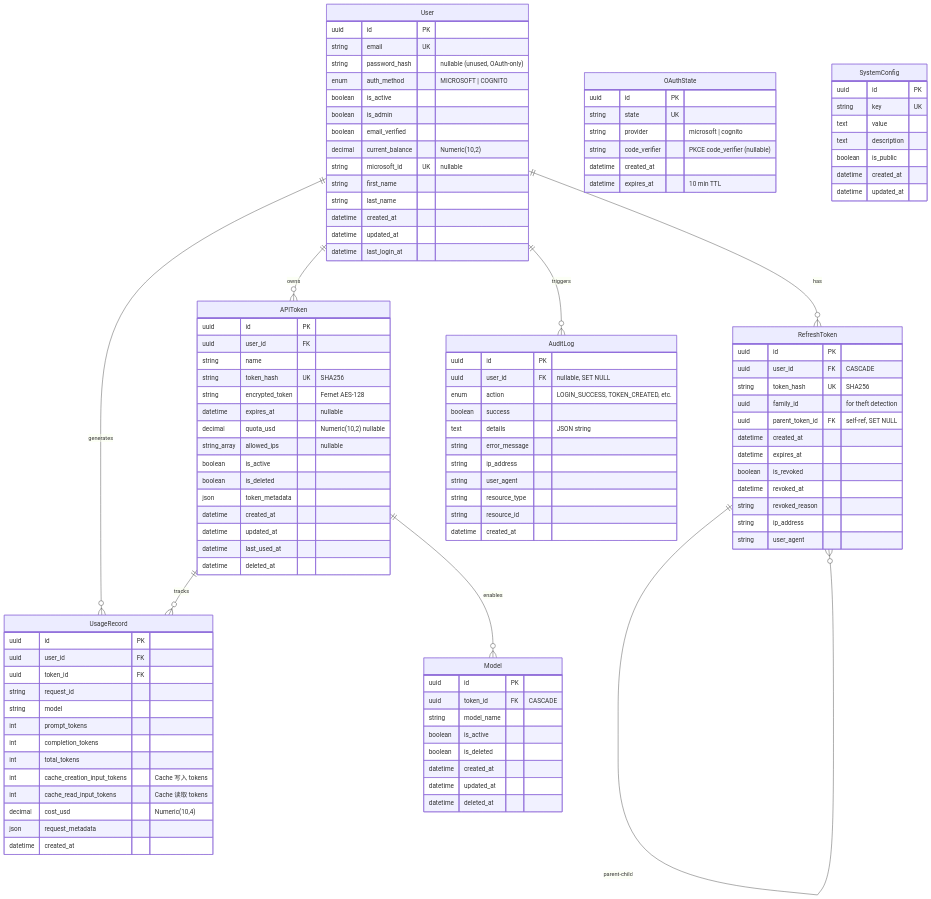
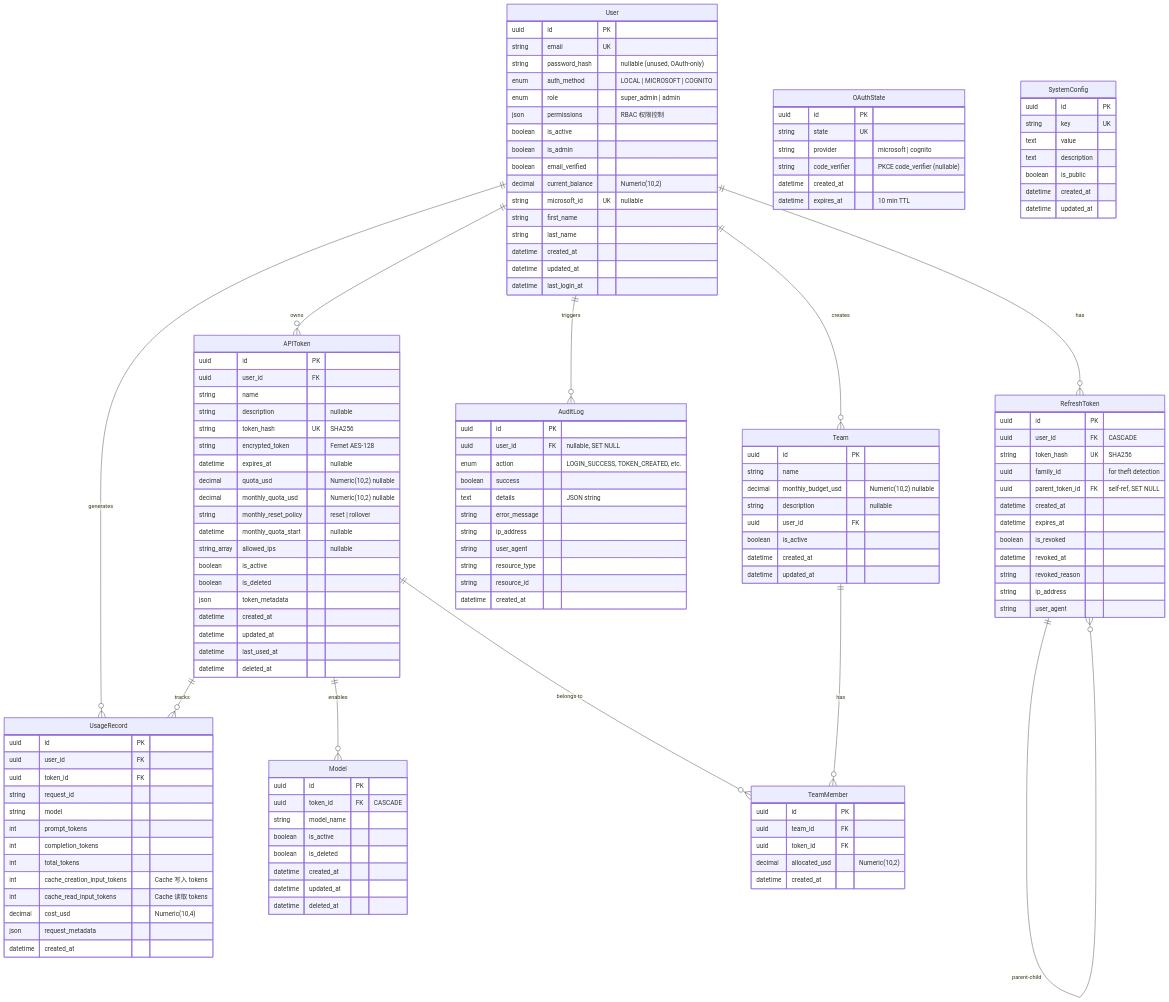
Before and after one commit to aws-samples/sample-kolya-br-proxy: the third of 11 diagrams in docs/architecture.zh.md, drawn with Mermaid. The commit also changed other lines of this file and 13 other files, not shown here.

```diff
--- a/docs/architecture.zh.md
+++ b/docs/architecture.zh.md
@@ -219,15 +219,20 @@
     User ||--o{ UsageRecord : "generates"
     User ||--o{ RefreshToken : "has"
     User ||--o{ AuditLog : "triggers"
+    User ||--o{ Team : "creates"
     APIToken ||--o{ UsageRecord : "tracks"
     APIToken ||--o{ Model : "enables"
+    APIToken ||--o{ TeamMember : "belongs to"
+    Team ||--o{ TeamMember : "has"
     RefreshToken ||--o{ RefreshToken : "parent-child"
 
     User {
         uuid id PK
         string email UK
         string password_hash "nullable (unused, OAuth-only)"
-        enum auth_method "MICROSOFT | COGNITO"
+        enum auth_method "LOCAL | MICROSOFT | COGNITO"
+        enum role "super_admin | admin"
+        json permissions "RBAC 权限控制"
         boolean is_active
         boolean is_admin
         boolean email_verified
@@ -244,10 +249,14 @@
         uuid id PK
         uuid user_id FK
         string name
+        string description "nullable"
         string token_hash UK "SHA256"
         string encrypted_token "Fernet AES-128"
         datetime expires_at "nullable"
         decimal quota_usd "Numeric(10,2) nullable"
+        decimal monthly_quota_usd "Numeric(10,2) nullable"
+        string monthly_reset_policy "reset | rollover"
+        datetime monthly_quota_start "nullable"
         string_array allowed_ips "nullable"
         boolean is_active
         boolean is_deleted
@@ -256,6 +265,25 @@
         datetime updated_at
         datetime last_used_at
         datetime deleted_at
+    }
+
+    Team {
+        uuid id PK
+        string name
+        decimal monthly_budget_usd "Numeric(10,2) nullable"
+        string description "nullable"
+        uuid user_id FK
+        boolean is_active
+        datetime created_at
+        datetime updated_at
+    }
+
+    TeamMember {
+        uuid id PK
+        uuid team_id FK
+        uuid token_id FK
+        decimal allocated_usd "Numeric(10,2)"
+        datetime created_at
     }
 
     Model {
```
